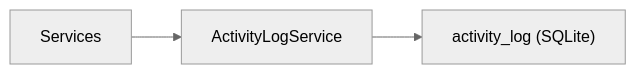
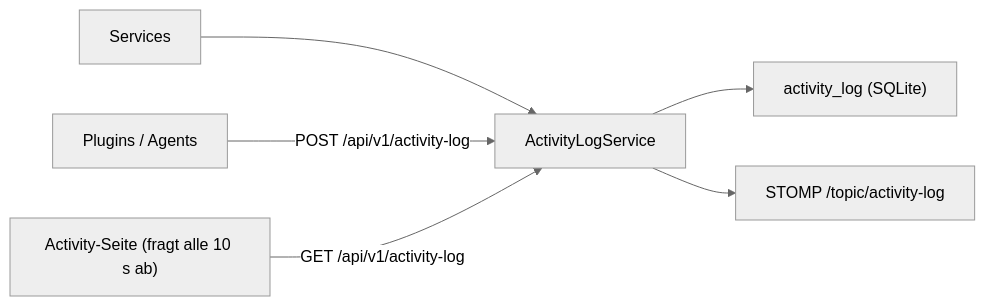
Before and after one commit to FLSEST/MySuricates: the second of 2 diagrams in docs/logging-monitoring-diagrams.md, drawn with Mermaid (neutral theme). The commit also changed other lines of this file and 4 other files, not shown here.

First line of the commit message:
docs(diagramme): Logging page names categories, health status and rate-limit defaults like the code

````diff
--- a/docs/logging-monitoring-diagrams.md
+++ b/docs/logging-monitoring-diagrams.md
@@ -24,5 +26,8 @@
 ```mermaid
 flowchart LR
     SVC["Services"] --> ALS["ActivityLogService"]
+    PLG["Plugins / Agents"] -->|"POST /api/v1/activity-log"| ALS
     ALS --> DB["activity_log (SQLite)"]
+    ALS --> TOP["STOMP /topic/activity-log"]
+    UI["Activity-Seite (fragt alle 10 s ab)"] -->|"GET /api/v1/activity-log"| ALS
 ```
````
